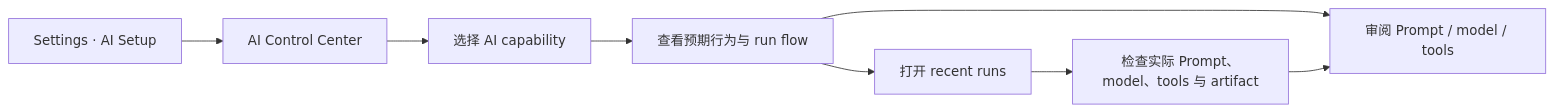
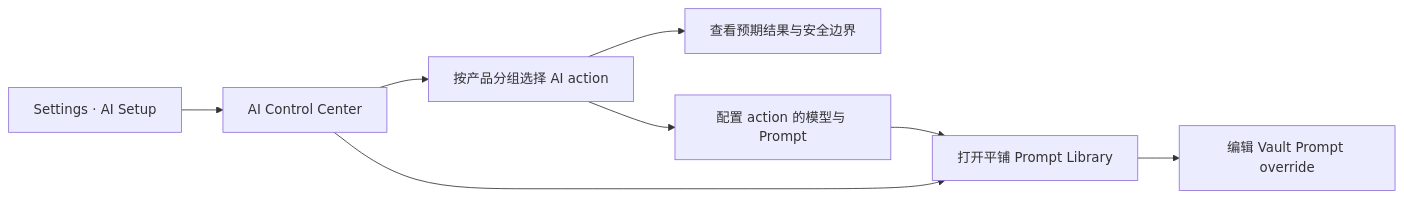
One commit to highestpeak/obsidian-peak-assistant changed the diagram in docs/superpowers/specs/2026-07-30-ai-control-center-design.md. Above: the diagram before and after it, drawn with Mermaid. The commit also changed other lines of this file and 4 other files, not shown here.

````diff
--- a/docs/superpowers/specs/2026-07-30-ai-control-center-design.md
+++ b/docs/superpowers/specs/2026-07-30-ai-control-center-design.md
@@ -501,10 +411,10 @@
 ```mermaid
 flowchart LR
     Settings["Settings · AI Setup"] --> Center["AI Control Center"]
-    Center --> Capability["选择 AI capability"]
-    Capability --> Contract["查看预期行为与 run flow"]
-    Contract --> Config["审阅 Prompt / model / tools"]
-    Contract --> Runs["打开 recent runs"]
-    Runs --> Trace["检查实际 Prompt、model、tools 与 artifact"]
-    Trace --> Config
+    Center --> Action["按产品分组选择 AI action"]
+    Action --> Behavior["查看预期结果与安全边界"]
+    Action --> Config["配置 action 的模型与 Prompt"]
+    Center --> Library["打开平铺 Prompt Library"]
+    Config --> Library
+    Library --> Edit["编辑 Vault Prompt override"]
 ```
````
